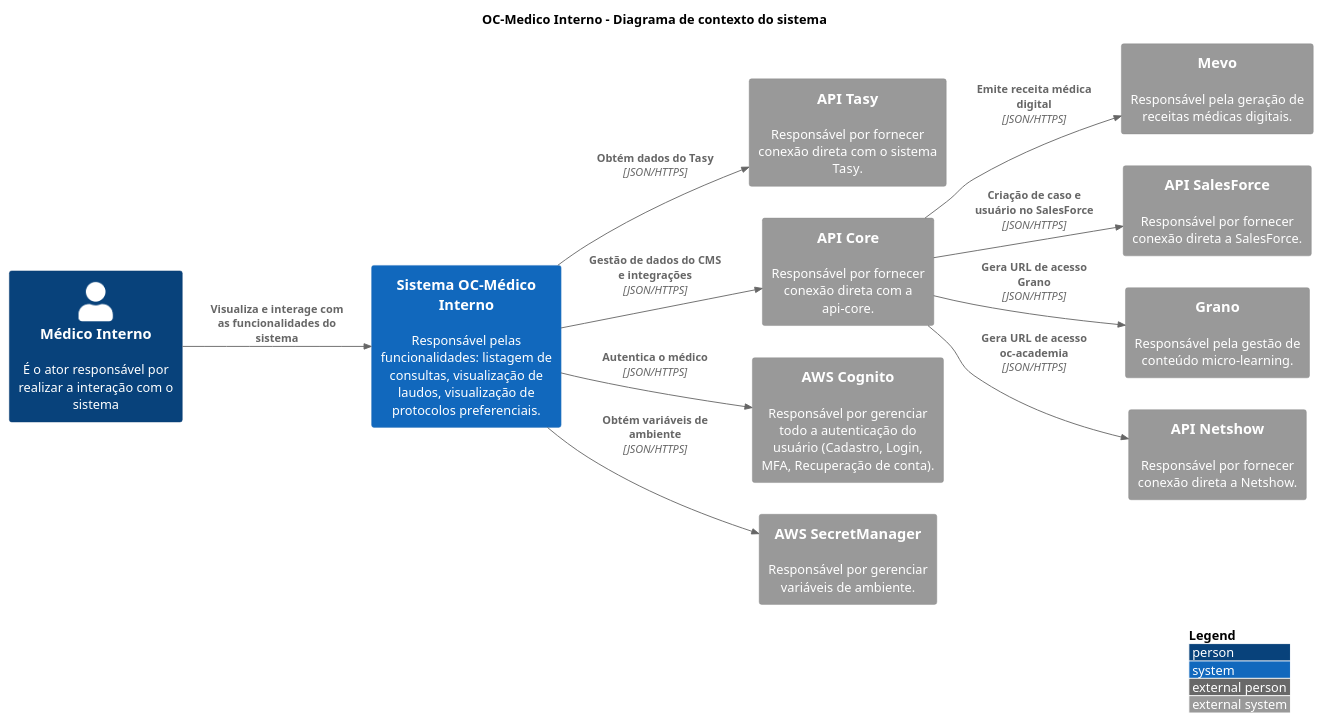
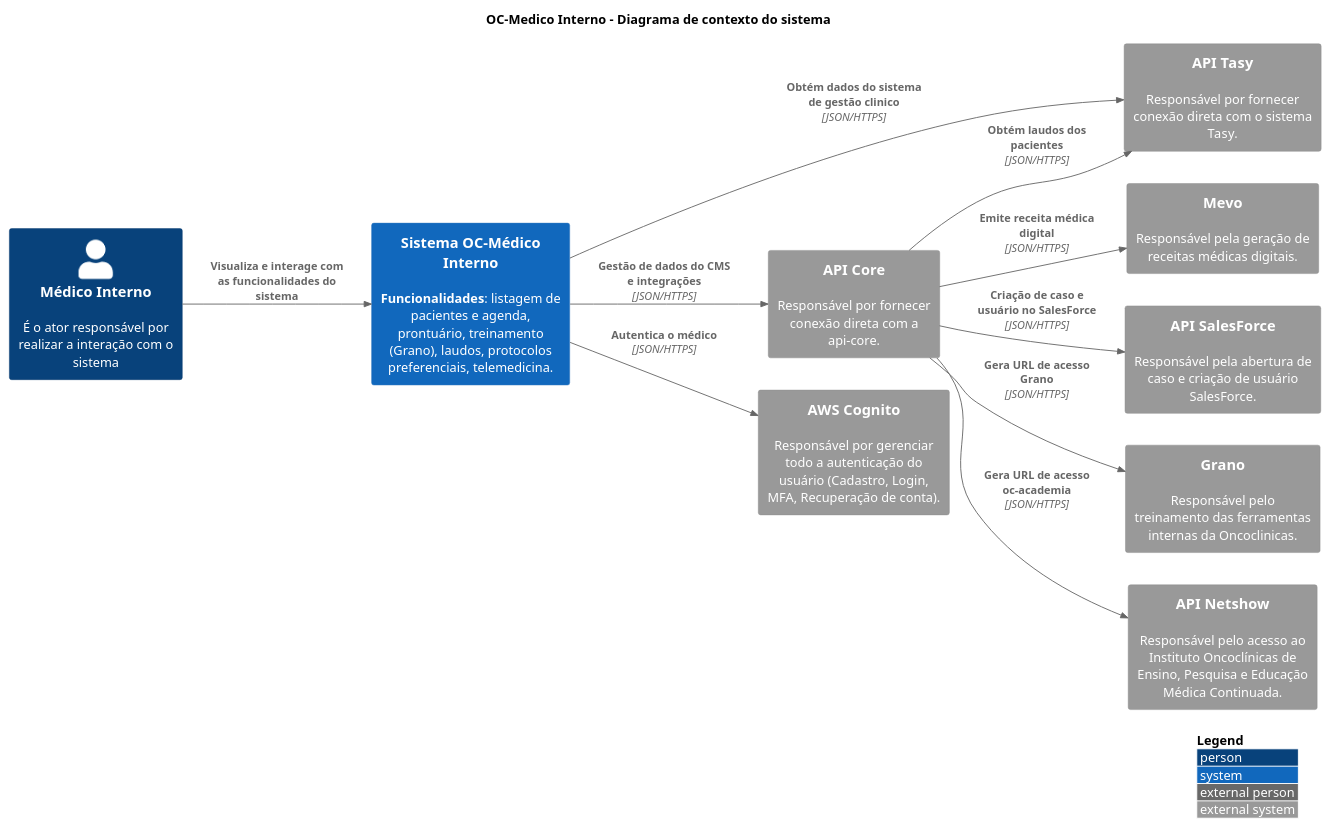
One commit to luizggbasedigital/poc-oc-docs changed the diagram in src/OC-Medico Interno/C1. Visão Geral/context.puml. Above: the diagram before and after it, drawn with PlantUML. The commit also changed 7 other files, not shown here.

```diff
--- a/src/OC-Medico Interno/C1. Visão Geral/context.puml
+++ b/src/OC-Medico Interno/C1. Visão Geral/context.puml
@@ -1,45 +1,44 @@
 @startuml "Context Diagram"
 
 title "OC-Medico Interno - Diagrama de contexto do sistema"
 
 !include https://raw.githubusercontent.com/adrianvlupu/C4-PlantUML/latest/C4_Context.puml
 
 LAYOUT_WITH_LEGEND()
 LAYOUT_LEFT_RIGHT()
 
 skinparam backgroundcolor transparent
 
 /'Actors'/
 Person(ActorInternalPhysician, "Médico Interno", "É o ator responsável por realizar a interação com o sistema")
 
 /'Internal Systems'/
-System(SystemOCInternalPhysician, "Sistema OC-Médico Interno", "Responsável pelas funcionalidades: listagem de consultas, visualização de laudos, visualização de protocolos preferenciais.")
+System(SystemOCInternalPhysician, "Sistema OC-Médico Interno", "<b>Funcionalidades</b>: listagem de pacientes e agenda, prontuário, treinamento (Grano), laudos, protocolos preferenciais, telemedicina.")
 
 /'External Systems'/
 System_Ext(SystemTasyApi, "API Tasy", "Responsável por fornecer conexão direta com o sistema Tasy.")
 
 /'API-Core Systems'/
 System_Ext(SystemApiCore, "API Core", "Responsável por fornecer conexão direta com a api-core.")
 System_Ext(SystemMevo, "Mevo", "Responsável pela geração de receitas médicas digitais.")
-System_Ext(SystemSalesForce, "API SalesForce", "Responsável por fornecer conexão direta a SalesForce.")
-System_Ext(SystemGrano, "Grano", "Responsável pela gestão de conteúdo micro-learning.")
-System_Ext(SystemNetshow, "API Netshow", "Responsável por fornecer conexão direta a Netshow.")
+System_Ext(SystemSalesForce, "API SalesForce", "Responsável pela abertura de caso e criação de usuário SalesForce.")
+System_Ext(SystemGrano, "Grano", "Responsável pelo treinamento das ferramentas internas da Oncoclinicas.")
+System_Ext(SystemNetshow, "API Netshow", "Responsável pelo acesso ao Instituto Oncoclínicas de Ensino, Pesquisa e Educação Médica Continuada.")
 
 /'AWS Systems'/
 System_Ext(SystemAWSCognito, "AWS Cognito", "Responsável por gerenciar todo a autenticação do usuário (Cadastro, Login, MFA, Recuperação de conta).")
-System_Ext(SystemAWSSecretManager, "AWS SecretManager", "Responsável por gerenciar variáveis de ambiente.")
 
 /'Relations'/
 Rel(ActorInternalPhysician, SystemOCInternalPhysician, "Visualiza e interage com as funcionalidades do sistema")
 Rel(SystemOCInternalPhysician, SystemAWSCognito, "Autentica o médico", "JSON/HTTPS")
-Rel(SystemOCInternalPhysician, SystemAWSSecretManager, "Obtém variáveis de ambiente", "JSON/HTTPS")
-Rel(SystemOCInternalPhysician, SystemTasyApi, "Obtém dados do Tasy", "JSON/HTTPS")
+Rel(SystemOCInternalPhysician, SystemTasyApi, "Obtém dados do sistema de gestão clinico", "JSON/HTTPS")
 
 /'API-Core Integrations'/
 Rel(SystemOCInternalPhysician, SystemApiCore, "Gestão de dados do CMS e integrações", "JSON/HTTPS")
+Rel(SystemApiCore, SystemTasyApi, "Obtém laudos dos pacientes", "JSON/HTTPS")
 Rel(SystemApiCore, SystemMevo, "Emite receita médica digital", "JSON/HTTPS")
 Rel(SystemApiCore, SystemSalesForce, "Criação de caso e usuário no SalesForce", "JSON/HTTPS")
 Rel(SystemApiCore, SystemGrano, "Gera URL de acesso Grano", "JSON/HTTPS")
 Rel(SystemApiCore, SystemNetshow, "Gera URL de acesso oc-academia", "JSON/HTTPS")
 
 @enduml
```
